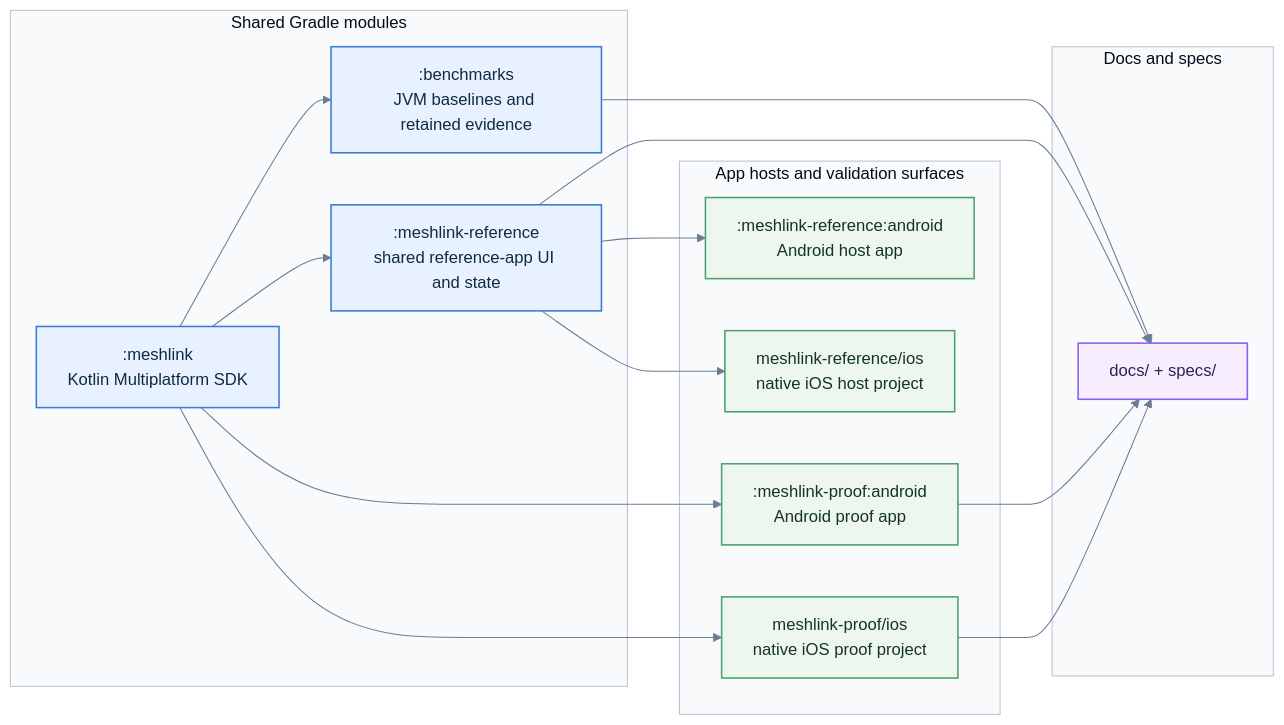
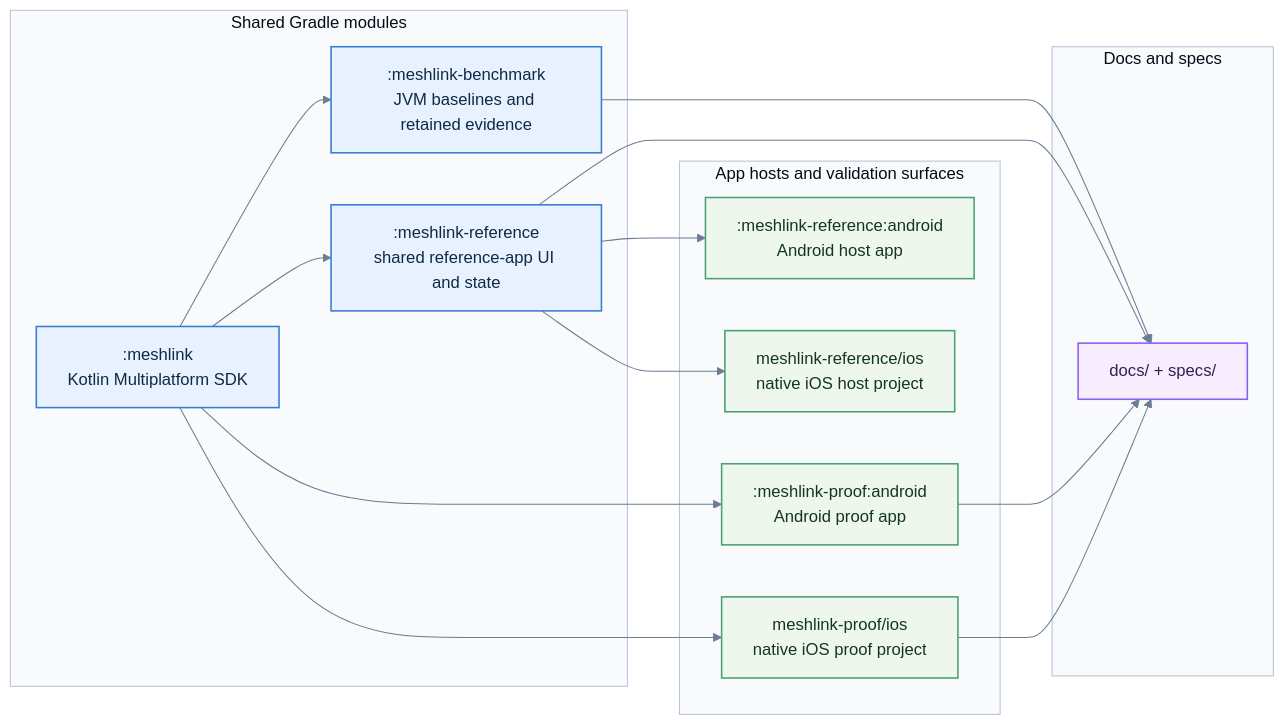
The diagram in docs/reference/repository-layout.md (trancee/MeshLink), drawn with Mermaid before and after one commit. The commit also changed other lines of this file and 41 other files, not shown here.

First line of the commit message:
feat(benchmarks): rename to meshlink-benchmark and add fleet tooling

````diff
--- a/docs/reference/repository-layout.md
+++ b/docs/reference/repository-layout.md
@@ -34,38 +34,38 @@
 ```mermaid
 %%{init: {"theme": "base", "themeVariables": {"background": "#ffffff", "primaryColor": "#E8F1FF", "primaryBorderColor": "#3A7BD5", "primaryTextColor": "#102A43", "lineColor": "#6B7C93", "secondaryColor": "#EEF7EE", "tertiaryColor": "#FFF3E6", "clusterBkg": "#F8FAFC", "clusterBorder": "#B8C4D6", "fontFamily": "Inter, ui-sans-serif, system-ui"}}}%%
 flowchart LR
     subgraph Shared["Shared Gradle modules"]
         SDK[":meshlink<br/>Kotlin Multiplatform SDK"]
         Reference[":meshlink-reference<br/>shared reference-app UI and state"]
-        Bench[":benchmarks<br/>JVM baselines and retained evidence"]
+        Bench[":meshlink-benchmark<br/>JVM baselines and retained evidence"]
     end
 
     subgraph Hosts["App hosts and validation surfaces"]
         RefAndroid[":meshlink-reference:android<br/>Android host app"]
         RefIos["meshlink-reference/ios<br/>native iOS host project"]
         ProofAndroid[":meshlink-proof:android<br/>Android proof app"]
         ProofIos["meshlink-proof/ios<br/>native iOS proof project"]
     end
 
     subgraph Docs["Docs and specs"]
         DocsMap["docs/ + specs/"]
     end
 
     SDK --> Reference
     SDK --> Bench
     SDK --> ProofAndroid
     SDK --> ProofIos
     Reference --> RefAndroid
     Reference --> RefIos
     Bench --> DocsMap
     Reference --> DocsMap
     ProofAndroid --> DocsMap
     ProofIos --> DocsMap
 
     classDef shared fill:#E8F1FF,stroke:#3A7BD5,color:#102A43,stroke-width:1.5px;
     classDef host fill:#EEF7EE,stroke:#4D9F70,color:#14361F,stroke-width:1.5px;
     classDef docs fill:#F6EEFF,stroke:#8B5CF6,color:#33204D,stroke-width:1.5px;
     class SDK,Reference,Bench shared;
     class RefAndroid,RefIos,ProofAndroid,ProofIos host;
     class DocsMap docs;
 ```
````
